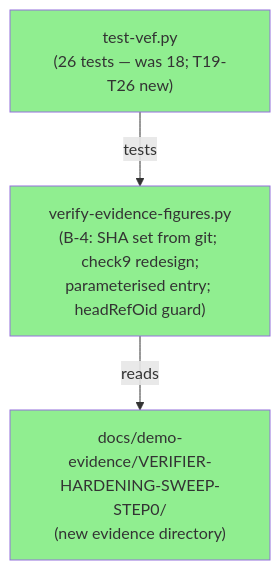
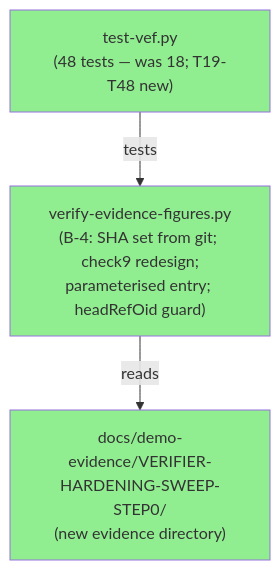
One commit to BOHICA-LABS/mdlinkcheck-cloud changed the first of 3 diagrams in code-delivery/VERIFIER-HARDENING-SWEEP-STEP0/pr-description.md. Above: the diagram before and after it, drawn with Mermaid. The commit also changed other lines of this file, not shown here.

````diff
--- a/code-delivery/VERIFIER-HARDENING-SWEEP-STEP0/pr-description.md
+++ b/code-delivery/VERIFIER-HARDENING-SWEEP-STEP0/pr-description.md
@@ -23,13 +23,13 @@
 ```mermaid
 graph TD
     VEF["verify-evidence-figures.py<br/>(B-4: SHA set from git; check9 redesign;<br/>parameterised entry; headRefOid guard)"]
-    TVEF["test-vef.py<br/>(26 tests — was 18; T19-T26 new)"]
+    TVEF["test-vef.py<br/>(48 tests — was 18; T19-T48 new)"]
     EV["docs/demo-evidence/VERIFIER-HARDENING-SWEEP-STEP0/<br/>(new evidence directory)"]
 
     TVEF -->|"tests"| VEF
     VEF -->|"reads"| EV
 
     style VEF fill:#90EE90
     style TVEF fill:#90EE90
     style EV fill:#90EE90
 ```
````
